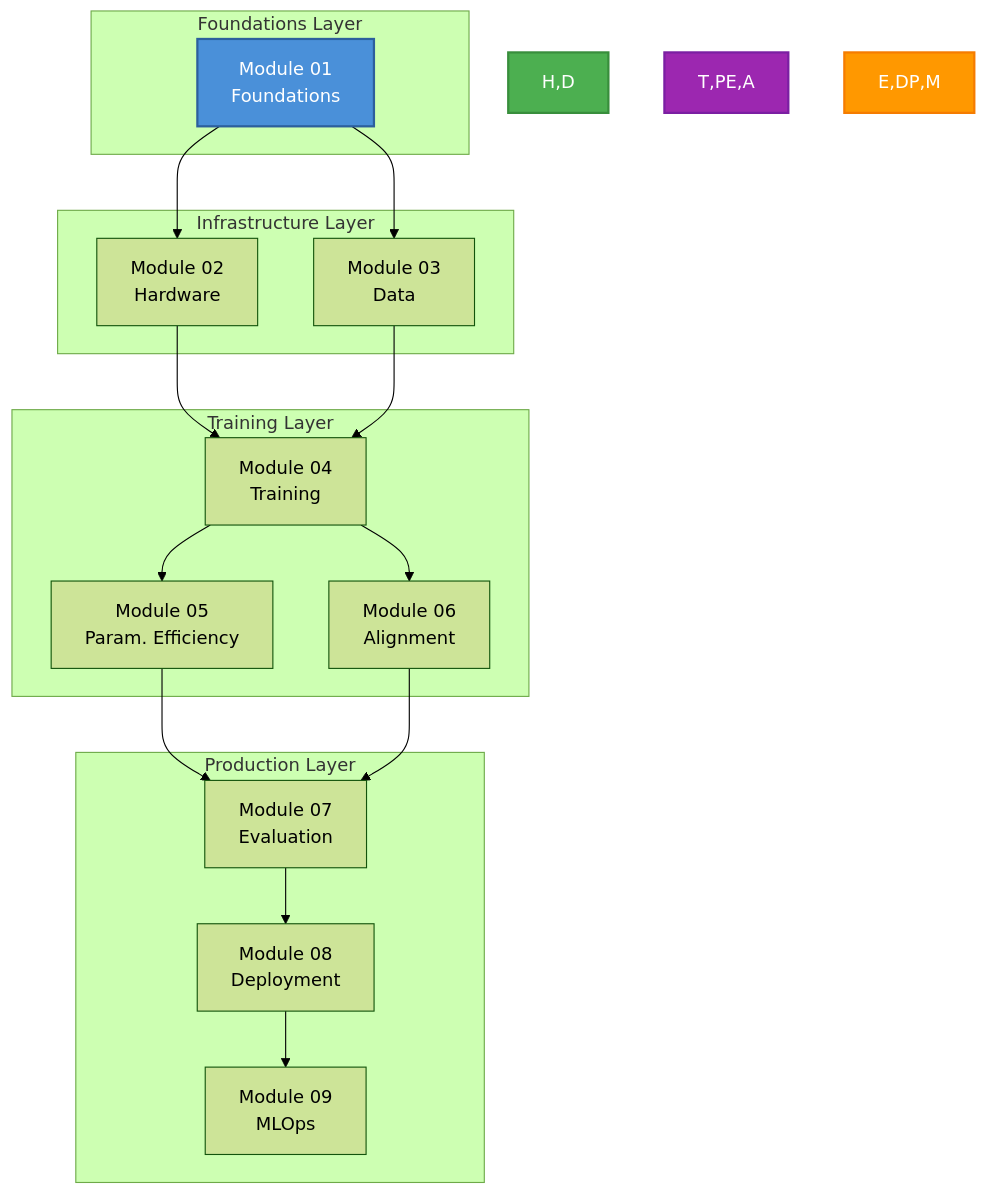
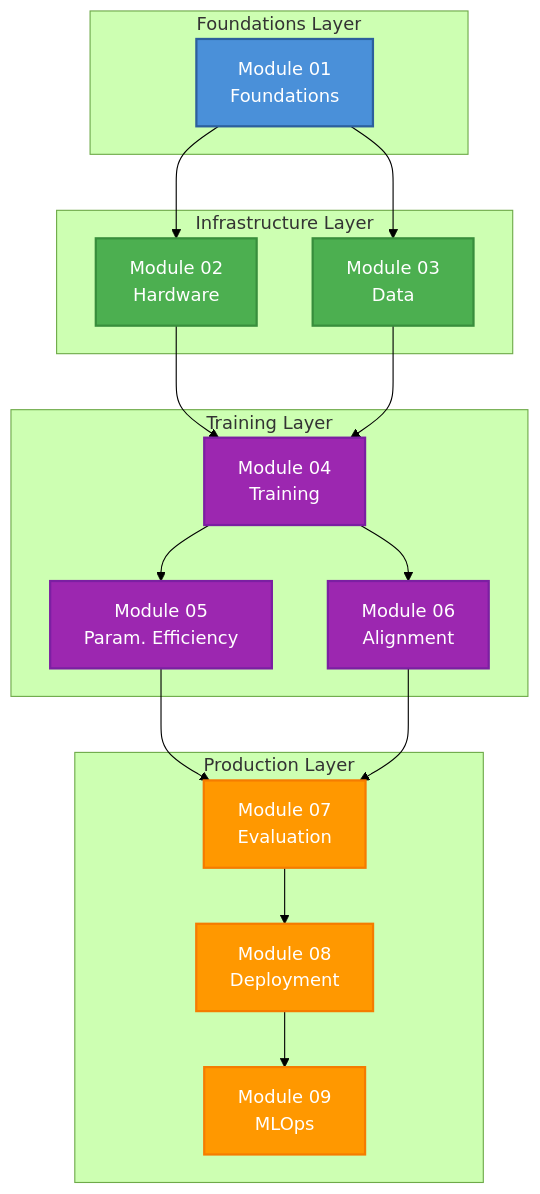
The first of 3 diagrams in content/00-preface.md (Parv17k/llm-fine-tuning-guide), drawn with Mermaid (forest theme) before and after one commit. The commit also changed 5 other files, not shown here.

First line of the commit message:
Fix Mermaid diagram styles - split comma-separated node IDs into individual style lines

````diff
--- a/content/00-preface.md
+++ b/content/00-preface.md
@@ -42,39 +42,44 @@
 ```mermaid
 graph TB
     subgraph "Foundations Layer"
         F[Module 01<br/>Foundations]
     end
 
     subgraph "Infrastructure Layer"
         H[Module 02<br/>Hardware]
         D[Module 03<br/>Data]
     end
 
     subgraph "Training Layer"
         T[Module 04<br/>Training]
         PE[Module 05<br/>Param. Efficiency]
         A[Module 06<br/>Alignment]
     end
 
     subgraph "Production Layer"
         E[Module 07<br/>Evaluation]
         DP[Module 08<br/>Deployment]
         M[Module 09<br/>MLOps]
     end
 
     F --> H
     F --> D
     H --> T
     D --> T
     T --> PE
     T --> A
     PE --> E
     A --> E
     E --> DP
     DP --> M
 
     style F fill:#4a90d9,stroke:#2c5f9d,color:#ffffff,stroke-width:2px
-    style H,D fill:#4caf50,stroke:#388e3c,color:#ffffff,stroke-width:2px
-    style T,PE,A fill:#9c27b0,stroke:#7b1fa2,color:#ffffff,stroke-width:2px
-    style E,DP,M fill:#ff9800,stroke:#f57c00,color:#ffffff,stroke-width:2px
+    style H fill:#4caf50,stroke:#388e3c,color:#ffffff,stroke-width:2px
+    style D fill:#4caf50,stroke:#388e3c,color:#ffffff,stroke-width:2px
+    style T fill:#9c27b0,stroke:#7b1fa2,color:#ffffff,stroke-width:2px
+    style PE fill:#9c27b0,stroke:#7b1fa2,color:#ffffff,stroke-width:2px
+    style A fill:#9c27b0,stroke:#7b1fa2,color:#ffffff,stroke-width:2px
+    style E fill:#ff9800,stroke:#f57c00,color:#ffffff,stroke-width:2px
+    style DP fill:#ff9800,stroke:#f57c00,color:#ffffff,stroke-width:2px
+    style M fill:#ff9800,stroke:#f57c00,color:#ffffff,stroke-width:2px
 ```
````
